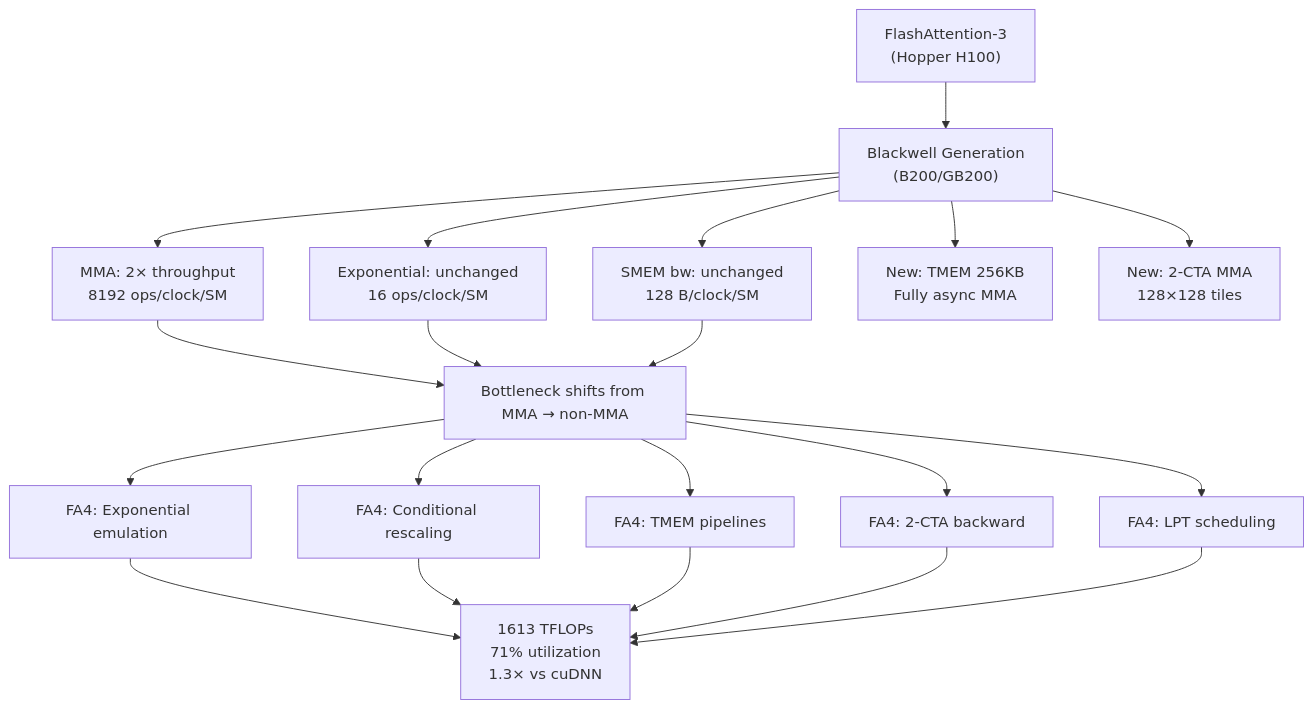
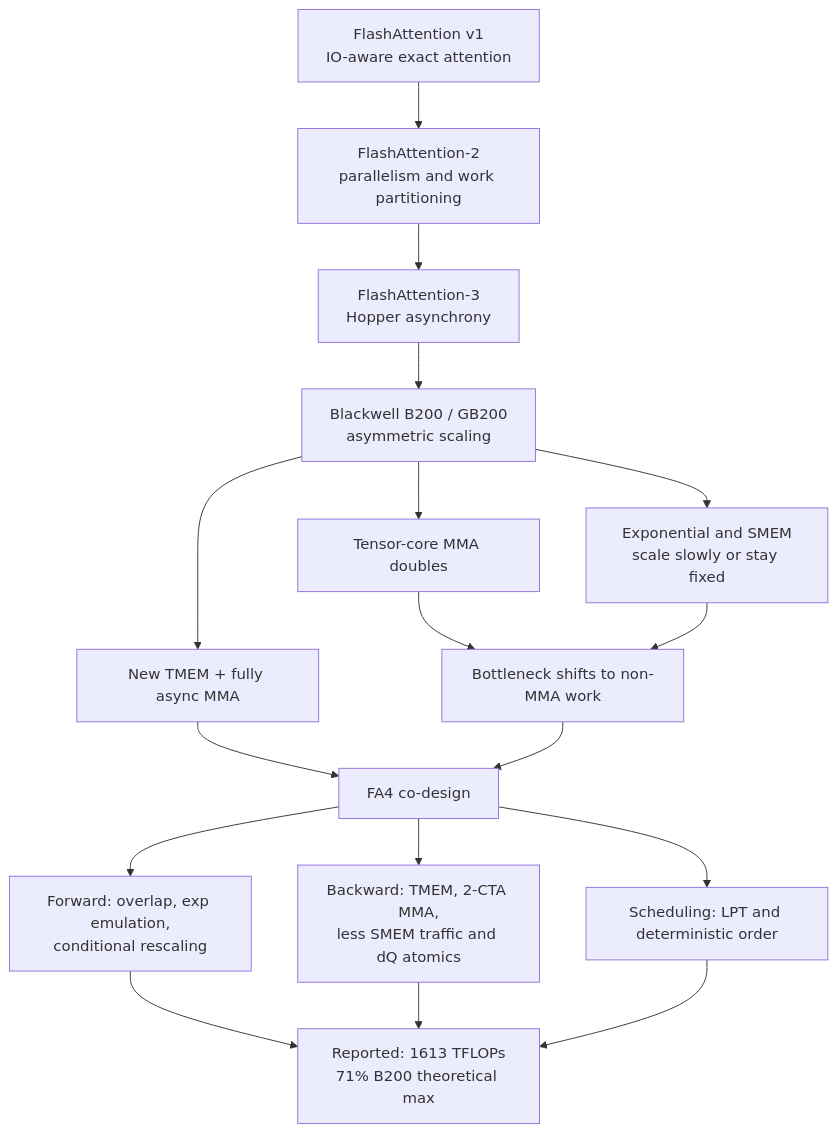
One commit to zhongzhouTan-coder/zhongzhouTan-coder.github.io changed the diagram in docs/algorithms/flashattention/flashattention-4.md. Above: the diagram before and after it, drawn with Mermaid. The commit also changed other lines of this file and 10 other files, not shown here.

Commit message:
[docs] update the flash attention docs

````diff
--- a/docs/algorithms/flashattention/flashattention-4.md
+++ b/docs/algorithms/flashattention/flashattention-4.md
@@ -34,26 +53,19 @@
 ```mermaid
 flowchart TD
-    A["FlashAttention-3<br/>(Hopper H100)"] --> B["Blackwell Generation<br/>(B200/GB200)"]
-
-    B --> C1["MMA: 2× throughput<br/>8192 ops/clock/SM"]
-    B --> C2["Exponential: unchanged<br/>16 ops/clock/SM"]
-    B --> C3["SMEM bw: unchanged<br/>128 B/clock/SM"]
-    B --> C4["New: TMEM 256KB<br/>Fully async MMA"]
-    B --> C5["New: 2-CTA MMA<br/>128×128 tiles"]
-
-    C1 --> D["Bottleneck shifts from MMA → non-MMA"]
-    C2 --> D
-    C3 --> D
-
-    D --> E1["FA4: Exponential emulation"]
-    D --> E2["FA4: Conditional rescaling"]
-    D --> E3["FA4: TMEM pipelines"]
-    D --> E4["FA4: 2-CTA backward"]
-    D --> E5["FA4: LPT scheduling"]
-
-    E1 --> F["1613 TFLOPs<br/>71% utilization<br/>1.3× vs cuDNN"]
-    E2 --> F
-    E3 --> F
-    E4 --> F
-    E5 --> F
+  FA1["FlashAttention v1<br/>IO-aware exact attention"] --> FA2["FlashAttention-2<br/>parallelism and work partitioning"]
+  FA2 --> FA3["FlashAttention-3<br/>Hopper asynchrony"]
+  FA3 --> BW["Blackwell B200 / GB200<br/>asymmetric scaling"]
+  BW --> MMA["Tensor-core MMA doubles"]
+  BW --> NON["Exponential and SMEM<br/>scale slowly or stay fixed"]
+  BW --> TMEM["New TMEM + fully async MMA"]
+  MMA --> SHIFT["Bottleneck shifts to non-MMA work"]
+  NON --> SHIFT
+  TMEM --> RESP["FA4 co-design"]
+  SHIFT --> RESP
+  RESP --> FW["Forward: overlap, exp emulation,<br/>conditional rescaling"]
+  RESP --> BWD["Backward: TMEM, 2-CTA MMA,<br/>less SMEM traffic and dQ atomics"]
+  RESP --> SCHED["Scheduling: LPT and deterministic order"]
+  FW --> OUT["Reported: 1613 TFLOPs<br/>71% B200 theoretical max"]
+  BWD --> OUT
+  SCHED --> OUT
 ```
````
